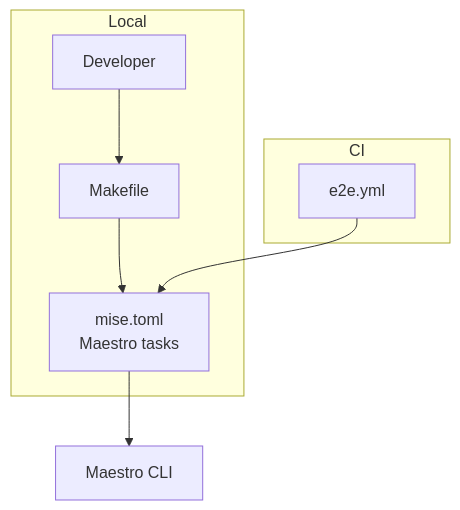
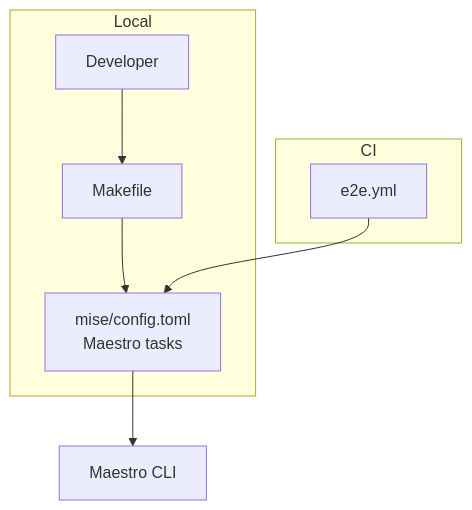
One commit to gkzz/maestro-playground changed the second of 6 diagrams in docs/ARCHITECTURE.md. Above: the diagram before and after it, drawn with Mermaid. The commit also changed other lines of this file and 11 other files, not shown here.

````diff
--- a/docs/ARCHITECTURE.md
+++ b/docs/ARCHITECTURE.md
@@ -53,18 +53,18 @@
 ```mermaid
 flowchart TB
-  mise[mise.toml<br/>Maestro tasks]
+  mise[mise/config.toml<br/>Maestro tasks]
 
   subgraph Local
     developer[Developer]
     make[Makefile]
 
     developer --> make --> mise
   end
 
   subgraph CI
     workflow[e2e.yml]
     workflow --> mise
   end
 
   mise --> maestro[Maestro CLI]
 ```
````
